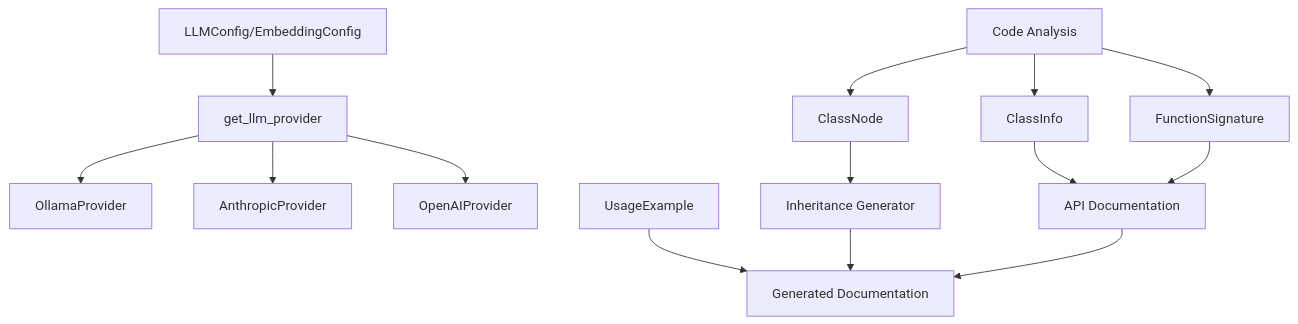
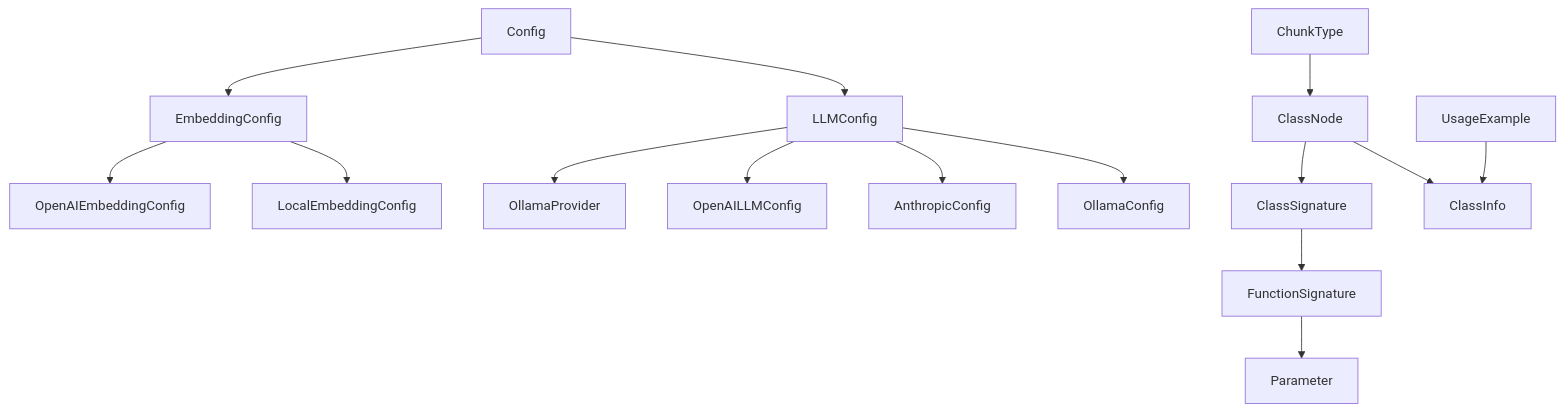
Before and after one commit to UrbanDiver/local-deepwiki-mcp: the first of 4 diagrams in .deepwiki/architecture.md, drawn with Mermaid. The commit also changed other lines of this file and 54 other files, not shown here.

````diff
--- a/.deepwiki/architecture.md
+++ b/.deepwiki/architecture.md
@@ -45,19 +31,23 @@
 ```mermaid
 graph TB
-    Config[LLMConfig/EmbeddingConfig] --> Factory[get_llm_provider]
-    Factory --> Ollama[OllamaProvider]
-    Factory --> Anthropic[AnthropicProvider]
-    Factory --> OpenAI[OpenAIProvider]
+    Config --> LLMConfig
+    Config --> EmbeddingConfig
     
-    CodeAnalysis[Code Analysis] --> ClassNode
-    CodeAnalysis --> ClassInfo
-    CodeAnalysis --> FunctionSignature
+    LLMConfig --> OllamaConfig
+    LLMConfig --> AnthropicConfig
+    LLMConfig --> OpenAILLMConfig
     
-    ClassNode --> InheritanceDiagram[Inheritance Generator]
-    ClassInfo --> APIDoc[API Documentation]
-    FunctionSignature --> APIDoc
+    EmbeddingConfig --> LocalEmbeddingConfig
+    EmbeddingConfig --> OpenAIEmbeddingConfig
     
-    UsageExample --> Documentation[Generated Documentation]
-    InheritanceDiagram --> Documentation
-    APIDoc --> Documentation
+    LLMConfig --> OllamaProvider
+    
+    ClassNode --> ClassInfo
+    ClassNode --> ClassSignature
+    ClassSignature --> FunctionSignature
+    FunctionSignature --> Parameter
+    
+    ChunkType --> ClassNode
+    
+    UsageExample --> ClassInfo
 ```
````
